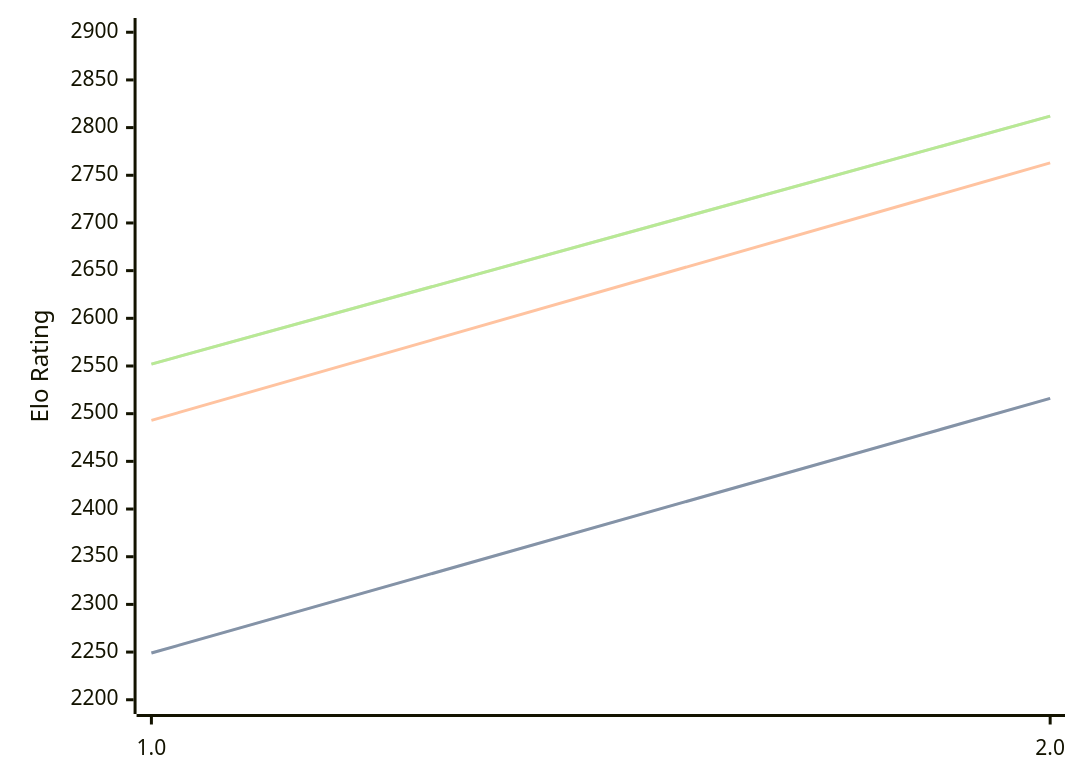
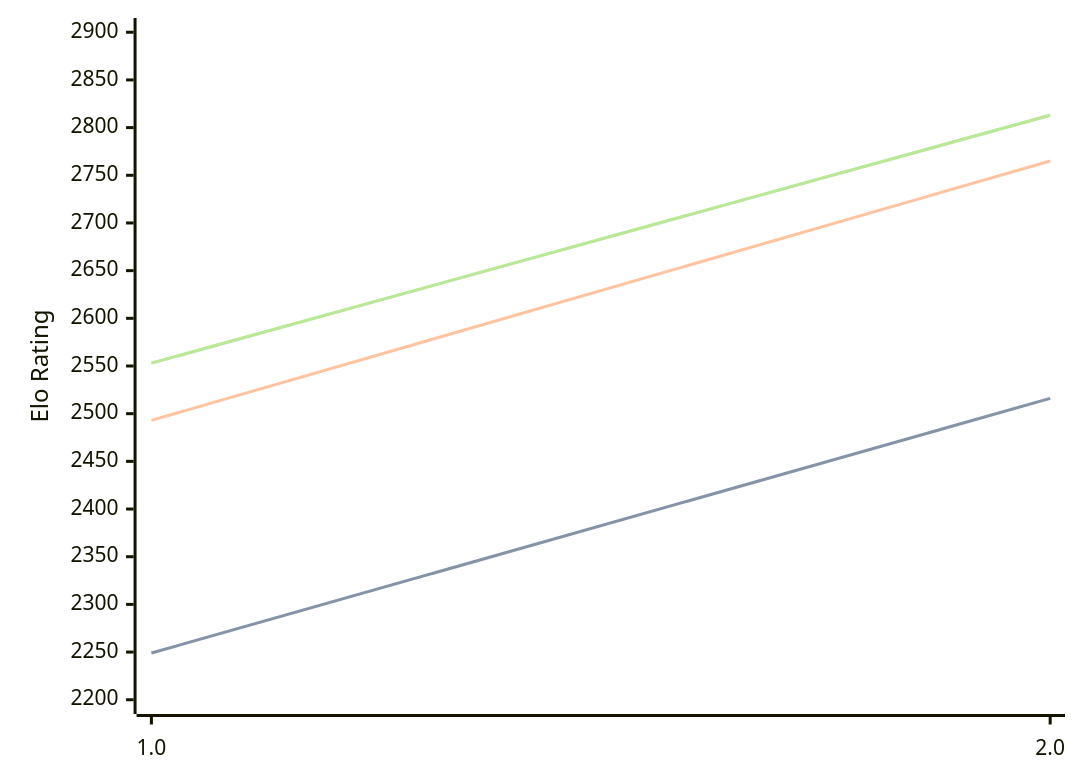
One commit to computer-chess-index/cci changed the first of 3 diagrams in engines/Revolver.md. Above: the diagram before and after it, drawn with Mermaid. The commit also changed other lines of this file, not shown here.

Commit message:
Update CCI Ratings (ELO VLTC) - 2026-06-22

````diff
--- a/engines/Revolver.md
+++ b/engines/Revolver.md
@@ -32,11 +32,11 @@
 ```mermaid
 %%{init: {"theme":"base","themeVariables":{"seriesColors:['#a3a3a3','#222221','#faa371']}}}%%
 xychart-beta
   x-axis ["1.0", "2.0"]
   y-axis "Elo Rating" 2200 --> 2900
   line "STC (8.0+0.08s)" [2249, 2516]
   line "STC (8.0+0.08s)" [2249, 2516]
-  line "LTC (60.0+0.60s)" [2493, 2763]
-  line "VLTC (2m24s+1.12s)" [2552, 2812]
-  line "VLTC (2m24s+1.12s)" [2552, 2812]
+  line "LTC (60.0+0.60s)" [2493, 2765]
+  line "VLTC (2m24s+1.12s)" [2553, 2813]
+  line "VLTC (2m24s+1.12s)" [2553, 2813]
 ```
````
